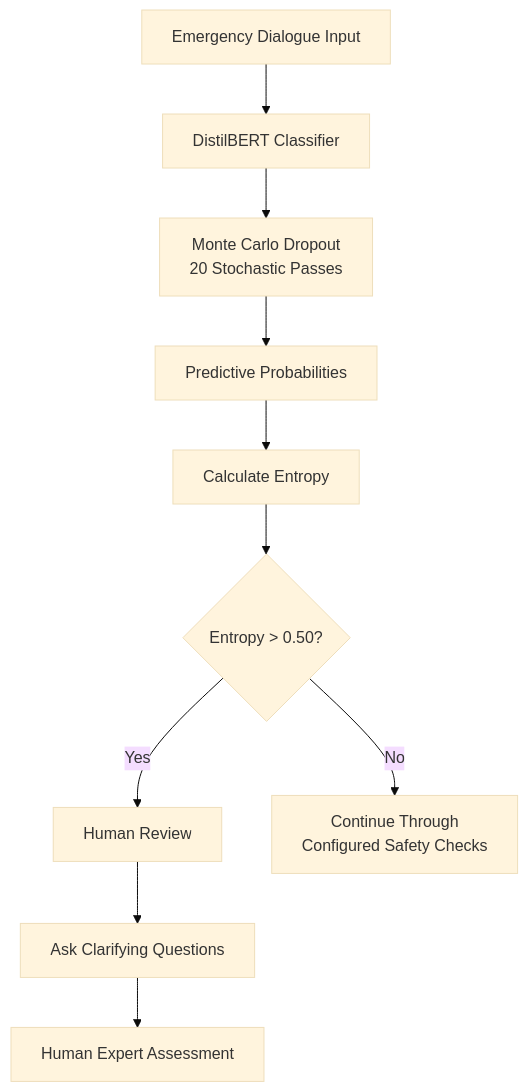
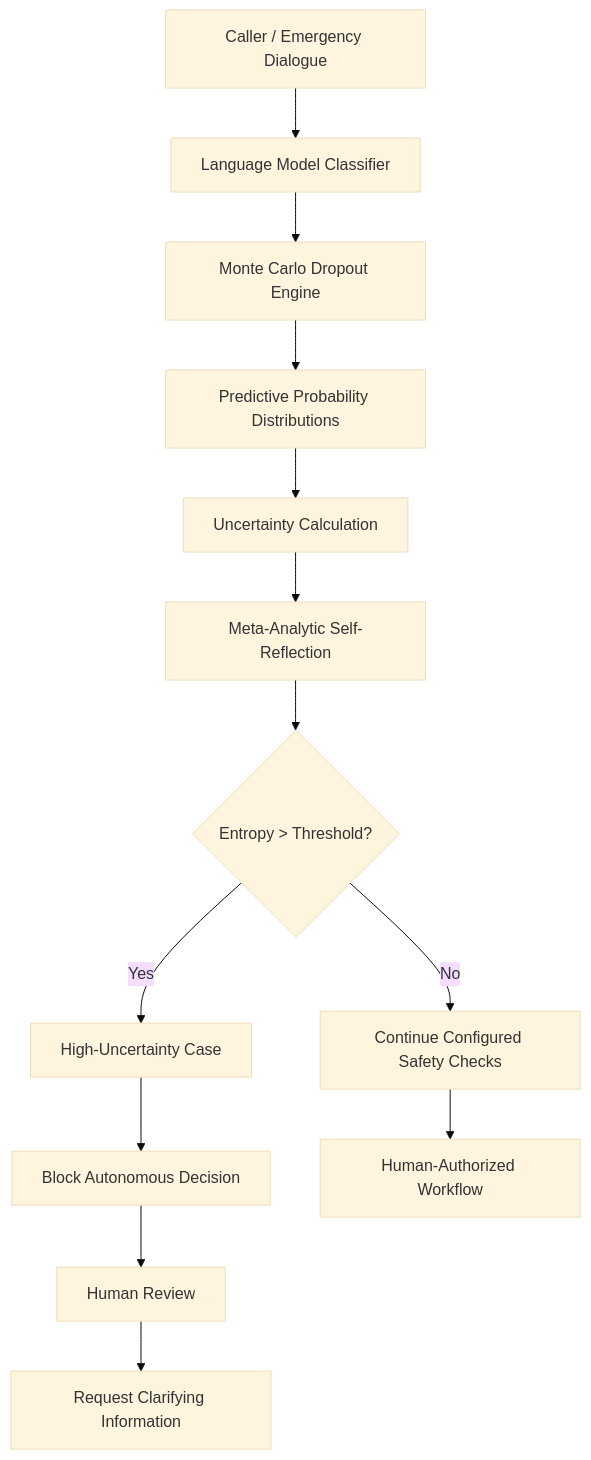
One commit to NimraRahman/Active-Uncertainty-Emergency-Triage-Agent-with-Self-Reflection changed the first of 2 diagrams in README.md. Above: the diagram before and after it, drawn with Mermaid (base theme). The commit also changed other lines of this file, not shown here.

````diff
--- a/README.md
+++ b/README.md
@@ -166,12 +153,17 @@
 ```mermaid
 flowchart TD
-    A["Emergency Dialogue Input"] --> B["DistilBERT Classifier"]
-    B --> C["Monte Carlo Dropout<br/>20 Stochastic Passes"]
-    C --> D["Predictive Probabilities"]
-    D --> E["Calculate Entropy"]
-    E --> F{"Entropy > 0.50?"}
-    F -->|Yes| G["Human Review"]
-    F -->|No| H["Continue Through<br/>Configured Safety Checks"]
-    G --> I["Ask Clarifying Questions"]
-    I --> J["Human Expert Assessment"]
+    A["Caller / Emergency Dialogue"] --> B["Language Model Classifier"]
+    B --> C["Monte Carlo Dropout Engine"]
+    C --> D["Predictive Probability Distributions"]
+    D --> E["Uncertainty Calculation"]
+    E --> F["Meta-Analytic Self-Reflection"]
+    F --> G{"Entropy > Threshold?"}
+
+    G -->|Yes| H["High-Uncertainty Case"]
+    H --> I["Block Autonomous Decision"]
+    I --> J["Human Review"]
+    J --> K["Request Clarifying Information"]
+
+    G -->|No| L["Continue Configured Safety Checks"]
+    L --> M["Human-Authorized Workflow"]
 ```
````
